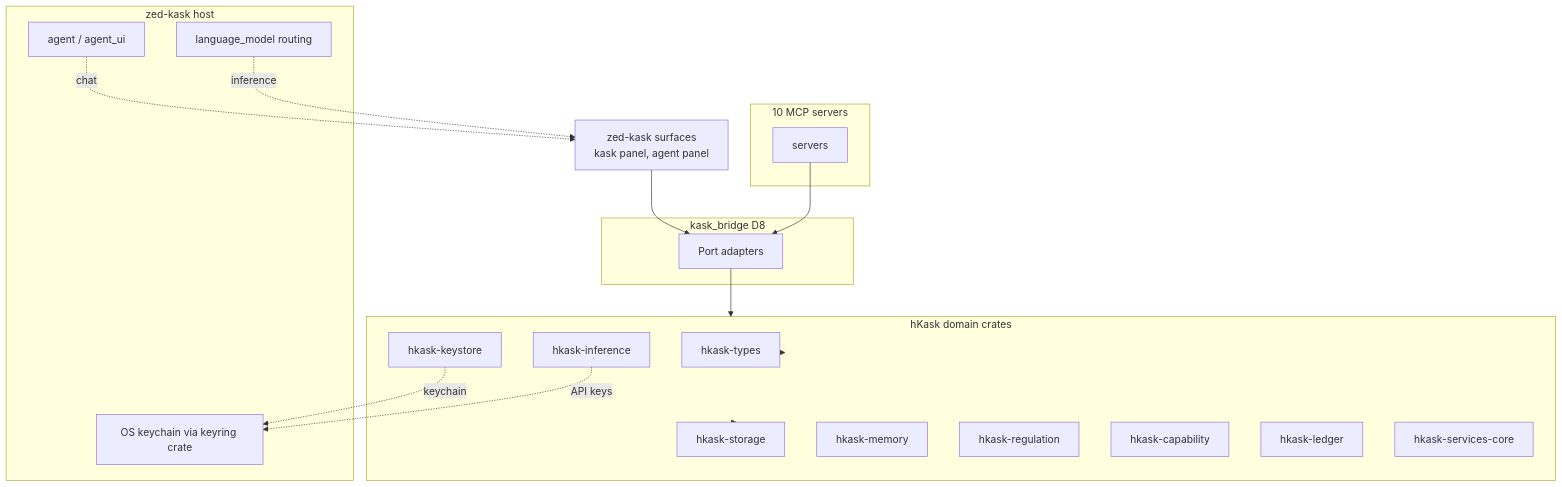
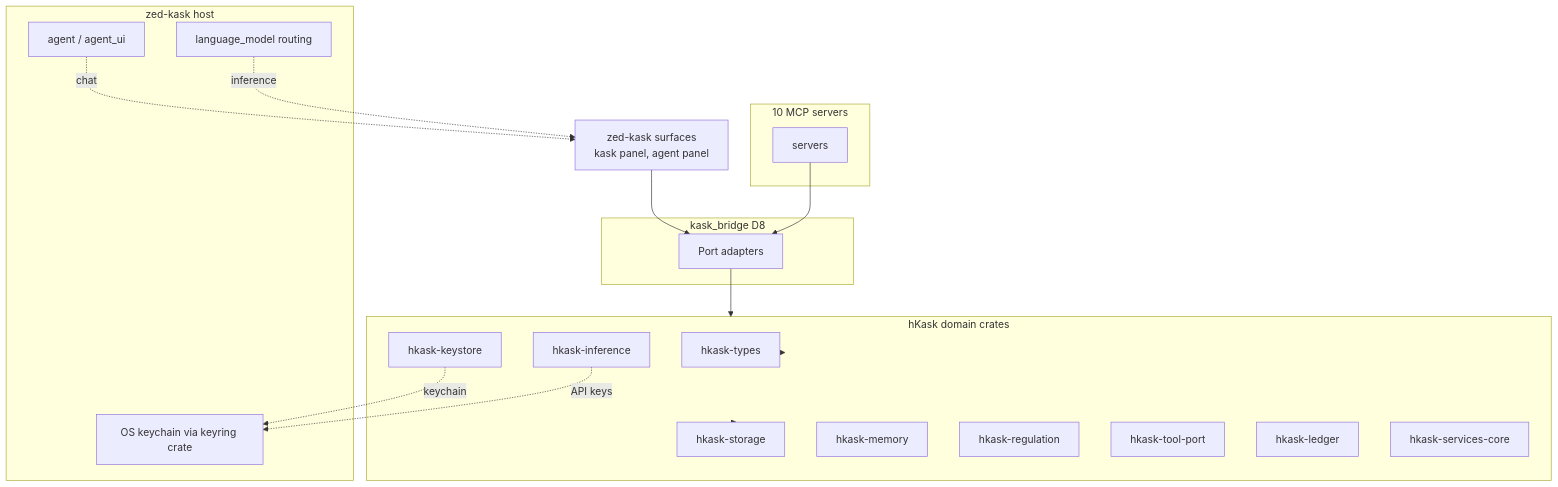
The diagram in kask/docs/architecture/core/MDS.md (mdz-axo/zed-kask), drawn with Mermaid before and after one commit. The commit also changed other lines of this file and 43 other files, not shown here.

Commit message:
Rename hkask-capability crate to hkask-tool-port

````diff
--- a/kask/docs/architecture/core/MDS.md
+++ b/kask/docs/architecture/core/MDS.md
@@ -526,36 +526,36 @@
 ```mermaid
 graph TD
     ZEDSURF["zed-kask surfaces<br/>kask panel, agent panel"]
     subgraph BRIDGE["kask_bridge D8"]
         ADAPT["Port adapters"]
     end
     subgraph MCP["10 MCP servers"]
         MSRV[servers]
     end
     subgraph HKASK["hKask domain crates"]
         TYPES[hkask-types]
         STORE[hkask-storage]
         MEM[hkask-memory]
         REG[hkask-regulation]
-        CAP[hkask-capability]
+        CAP[hkask-tool-port]
         KS[hkask-keystore]
         LEDGER[hkask-ledger]
         INF[hkask-inference]
         SVCCORE[hkask-services-core]
     end
     subgraph ZED["zed-kask host"]
         CRED[OS keychain via keyring crate]
         LM[language_model routing]
         AGENT[agent / agent_ui]
     end
 
     ZEDSURF --> ADAPT
     MSRV --> ADAPT
     ADAPT --> HKASK
     KS -.->|keychain| CRED
     INF -.->|API keys| CRED
     HKASK --> TYPES
     HKASK --> STORE
     AGENT -.->|chat| ZEDSURF
     LM -.->|inference| ZEDSURF
 ```
````
